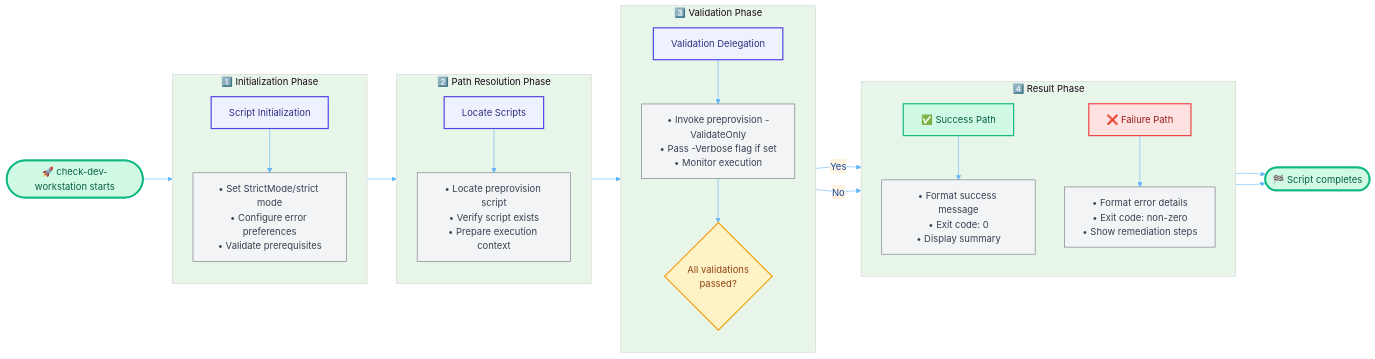
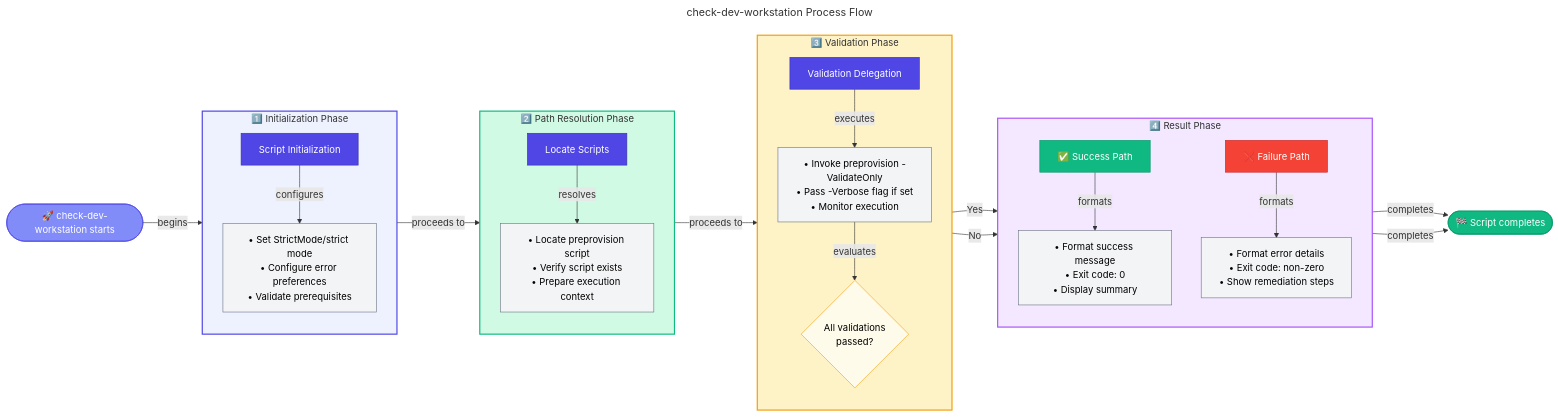
One commit to Evilazaro/Azure-LogicApps-Monitoring changed the diagram in docs/hooks/check-dev-workstation.md. Above: the diagram before and after it, drawn with Mermaid.

Commit message:
docs: Enhance mermaid diagram in check-dev-workstation documentation with improved styling, titles, and flow connections for better clarity and organization

````diff
--- a/docs/hooks/check-dev-workstation.md
+++ b/docs/hooks/check-dev-workstation.md
@@ -274,77 +274,72 @@
 ```mermaid
-%%{init: {'theme': 'base', 'themeVariables': { 'primaryColor': '#e3f2fd', 'primaryTextColor': '#0d47a1', 'primaryBorderColor': '#1976d2', 'lineColor': '#64b5f6', 'secondaryColor': '#fff3e0', 'tertiaryColor': '#e8f5e9'}}}%%
+---
+title: check-dev-workstation Process Flow
+---
 flowchart LR
-    %% ===================================================================
-    %% WORKFLOW: check-dev-workstation Process Flow
-    %% Description: Validates developer workstation prerequisites
-    %% ===================================================================
+    %% ===== STYLE DEFINITIONS =====
+    classDef primary fill:#4F46E5,stroke:#3730A3,color:#FFFFFF
+    classDef secondary fill:#10B981,stroke:#059669,color:#FFFFFF
+    classDef datastore fill:#F59E0B,stroke:#D97706,color:#000000
+    classDef external fill:#6B7280,stroke:#4B5563,color:#FFFFFF,stroke-dasharray: 5 5
+    classDef failed fill:#F44336,stroke:#C62828,color:#FFFFFF
+    classDef trigger fill:#818CF8,stroke:#4F46E5,color:#FFFFFF
+    classDef decision fill:#FFFBEB,stroke:#F59E0B,color:#000000
+    classDef input fill:#F3F4F6,stroke:#6B7280,color:#000000
 
-    %% --- Entry and Exit Points ---
-    Start(["🚀 check-dev-workstation starts"])
-    End(["🏁 Script completes"])
+    %% ===== ENTRY AND EXIT POINTS =====
+    Start(["🚀 check-dev-workstation starts"]):::trigger
+    End(["🏁 Script completes"]):::secondary
 
-    Start --> Initialization
+    Start -->|"begins"| Initialization
 
-    %% --- Phase 1: Initialization ---
+    %% ===== PHASE 1: INITIALIZATION =====
     subgraph Initialization["1️⃣ Initialization Phase"]
         direction TB
-        Init["Script Initialization"]
-        InitDetails["• Set StrictMode/strict mode<br/>• Configure error preferences<br/>• Validate prerequisites"]
-        Init --> InitDetails
+        Init["Script Initialization"]:::primary
+        InitDetails["• Set StrictMode/strict mode<br/>• Configure error preferences<br/>• Validate prerequisites"]:::input
+        Init -->|"configures"| InitDetails
     end
 
-    %% --- Phase 2: Path Resolution ---
+    %% ===== PHASE 2: PATH RESOLUTION =====
     subgraph PathResolution["2️⃣ Path Resolution Phase"]
         direction TB
-        Path["Locate Scripts"]
-        PathDetails["• Locate preprovision script<br/>• Verify script exists<br/>• Prepare execution context"]
-        Path --> PathDetails
+        Path["Locate Scripts"]:::primary
+        PathDetails["• Locate preprovision script<br/>• Verify script exists<br/>• Prepare execution context"]:::input
+        Path -->|"resolves"| PathDetails
     end
 
-    %% --- Phase 3: Validation Execution ---
+    %% ===== PHASE 3: VALIDATION EXECUTION =====
     subgraph ValidationPhase["3️⃣ Validation Phase"]
         direction TB
-        Delegate["Validation Delegation"]
-        DelegateDetails["• Invoke preprovision -ValidateOnly<br/>• Pass -Verbose flag if set<br/>• Monitor execution"]
-        Check{"All validations<br/>passed?"}
-        Delegate --> DelegateDetails
-        DelegateDetails --> Check
+        Delegate["Validation Delegation"]:::primary
+        DelegateDetails["• Invoke preprovision -ValidateOnly<br/>• Pass -Verbose flag if set<br/>• Monitor execution"]:::input
+        Check{"All validations<br/>passed?"}:::decision
+        Delegate -->|"executes"| DelegateDetails
+        DelegateDetails -->|"evaluates"| Check
     end
 
-    %% --- Phase 4: Result Processing ---
+    %% ===== PHASE 4: RESULT PROCESSING =====
     subgraph ResultPhase["4️⃣ Result Phase"]
         direction TB
-        Success["✅ Success Path"]
-        SuccessDetails["• Format success message<br/>• Exit code: 0<br/>• Display summary"]
-        Failure["❌ Failure Path"]
-        FailureDetails["• Format error details<br/>• Exit code: non-zero<br/>• Show remediation steps"]
-        Success --> SuccessDetails
-        Failure --> FailureDetails
+        Success["✅ Success Path"]:::secondary
+        SuccessDetails["• Format success message<br/>• Exit code: 0<br/>• Display summary"]:::input
+        Failure["❌ Failure Path"]:::failed
+        FailureDetails["• Format error details<br/>• Exit code: non-zero<br/>• Show remediation steps"]:::input
+        Success -->|"formats"| SuccessDetails
+        Failure -->|"formats"| FailureDetails
     end
 
-    %% --- Flow Connections ---
-    Initialization --> PathResolution
-    PathResolution --> ValidationPhase
+    %% ===== FLOW CONNECTIONS =====
+    Initialization -->|"proceeds to"| PathResolution
+    PathResolution -->|"proceeds to"| ValidationPhase
     Check -->|"Yes"| Success
     Check -->|"No"| Failure
-    SuccessDetails --> End
-    FailureDetails --> End
+    SuccessDetails -->|"completes"| End
+    FailureDetails -->|"completes"| End
 
-    %% --- Style Definitions ---
-    %% Color palette follows modern WCAG AA compliant guidelines
-    %% Indigo: Primary/Process | Green: Success | Amber: Decisions | Red: Errors
-    classDef startEndStyle fill:#D1FAE5,stroke:#10B981,stroke-width:3px,color:#065F46
-    classDef processStyle fill:#EEF2FF,stroke:#4F46E5,stroke-width:2px,color:#312E81
-    classDef detailStyle fill:#F3F4F6,stroke:#6B7280,stroke-width:1px,color:#374151
-    classDef decisionStyle fill:#FEF3C7,stroke:#F59E0B,stroke-width:2px,color:#92400E
-    classDef successStyle fill:#D1FAE5,stroke:#10B981,stroke-width:2px,color:#065F46
-    classDef failureStyle fill:#FEE2E2,stroke:#EF4444,stroke-width:2px,color:#991B1B
-
-    %% --- Apply Styles ---
-    class Start,End startEndStyle
-    class Init,Path,Delegate processStyle
-    class InitDetails,PathDetails,DelegateDetails,SuccessDetails,FailureDetails detailStyle
-    class Check decisionStyle
-    class Success successStyle
-    class Failure failureStyle
+    %% ===== SUBGRAPH STYLES =====
+    style Initialization fill:#EEF2FF,stroke:#4F46E5,stroke-width:2px
+    style PathResolution fill:#D1FAE5,stroke:#10B981,stroke-width:2px
+    style ValidationPhase fill:#FEF3C7,stroke:#F59E0B,stroke-width:2px
+    style ResultPhase fill:#F3E8FF,stroke:#A855F7,stroke-width:2px
 ```
````
